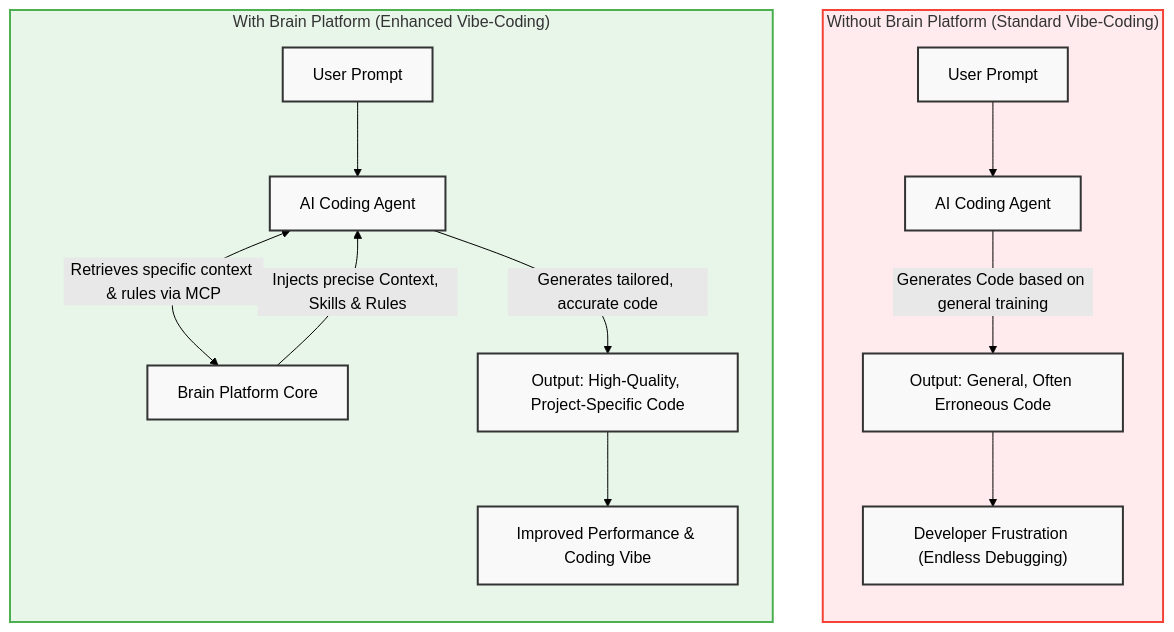
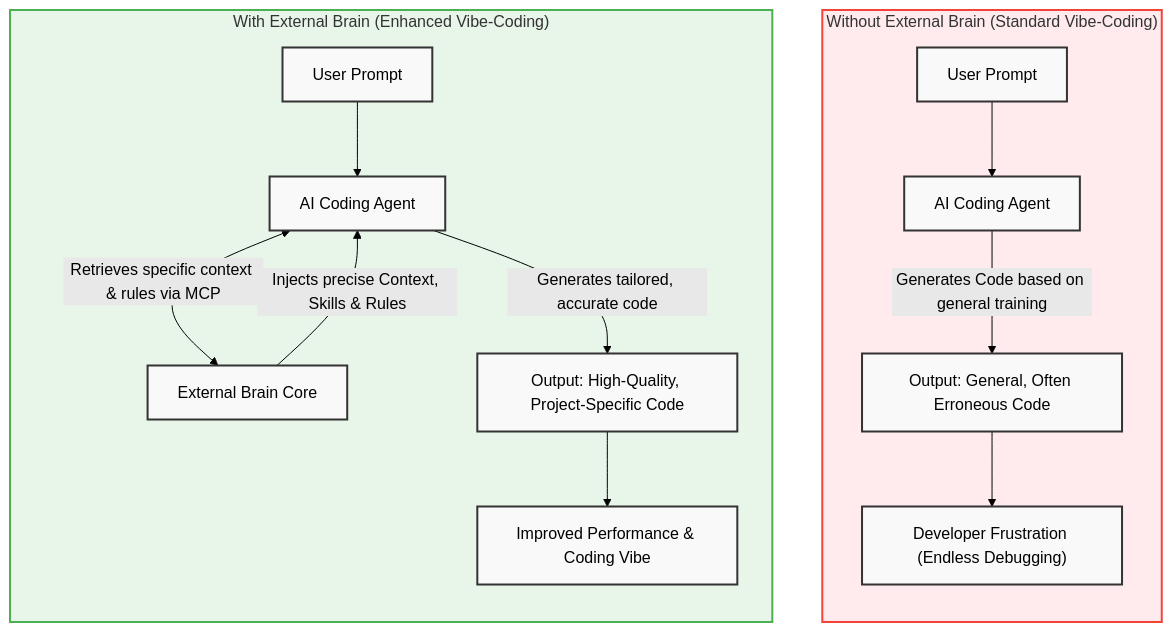
The diagram in docs/assets/illustrations/vibe_coding_improvement.md (bejranonda/ExternalBrain), drawn with Mermaid (forest theme) before and after one commit. The commit also changed other lines of this file and 37 other files, not shown here.

First line of the commit message:
docs: finish the "External Brain" rename across docs, scripts & config

````diff
--- a/docs/assets/illustrations/vibe_coding_improvement.md
+++ b/docs/assets/illustrations/vibe_coding_improvement.md
@@ -3,25 +3,25 @@
 ```mermaid
 flowchart TD
-    subgraph Without_Brain["Without Brain Platform (Standard Vibe-Coding)"]
+    subgraph Without_Brain["Without External Brain (Standard Vibe-Coding)"]
         direction TB
         P1["User Prompt"] --> AI1["AI Coding Agent"]
         AI1 --> |Generates Code based on general training| O1["Output: General, Often Erroneous Code"]
         O1 --> F1["Developer Frustration (Endless Debugging)"]
     end
 
-    subgraph With_Brain["With Brain Platform (Enhanced Vibe-Coding)"]
+    subgraph With_Brain["With External Brain (Enhanced Vibe-Coding)"]
         direction TB
         P2["User Prompt"] --> AI2["AI Coding Agent"]
-        AI2 <--> |"Retrieves specific context & rules via MCP"| B["Brain Platform Core"]
+        AI2 <--> |"Retrieves specific context & rules via MCP"| B["External Brain Core"]
         B --> |"Injects precise Context, Skills & Rules"| AI2
         AI2 --> |Generates tailored, accurate code| O2["Output: High-Quality, Project-Specific Code"]
         O2 --> S2["Improved Performance & Coding Vibe"]
     end
     
     classDef default fill:#f9f9f9,stroke:#333,stroke-width:2px;
     classDef highlight fill:#e8f5e9,stroke:#4caf50,stroke-width:2px;
     classDef bad fill:#ffebee,stroke:#f44336,stroke-width:2px;
     
     class With_Brain highlight;
     class Without_Brain bad;
 ```
````
